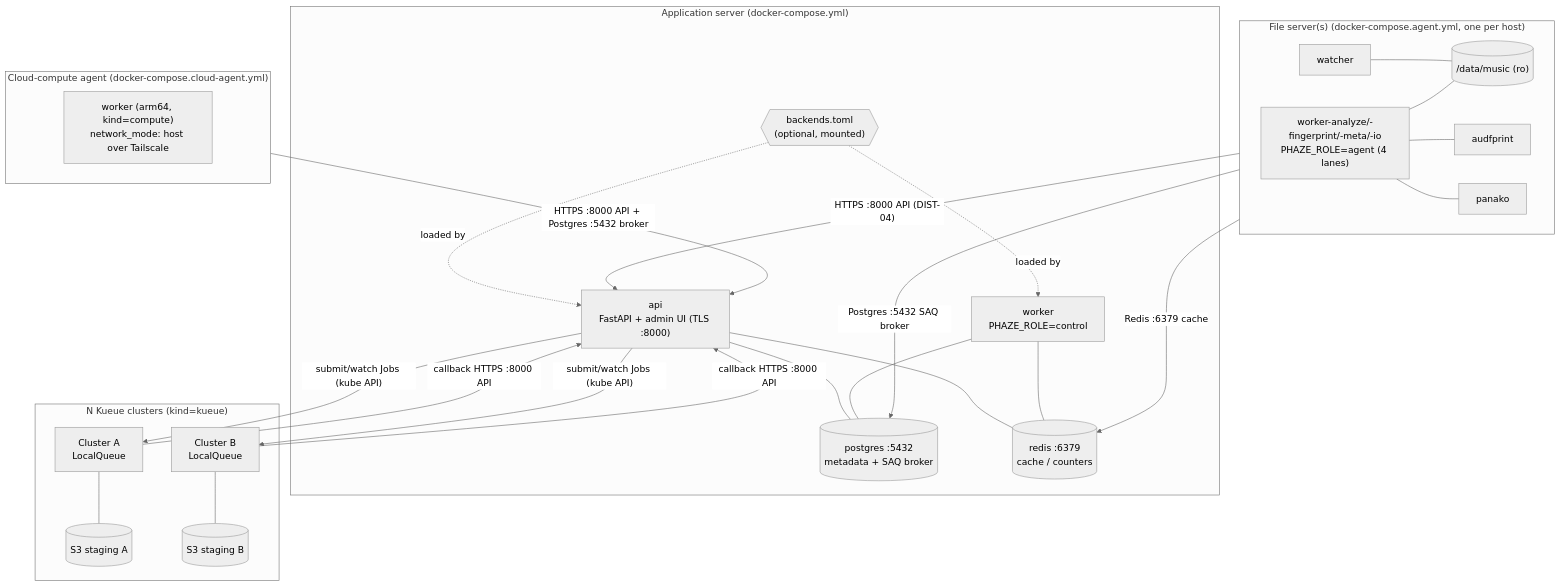
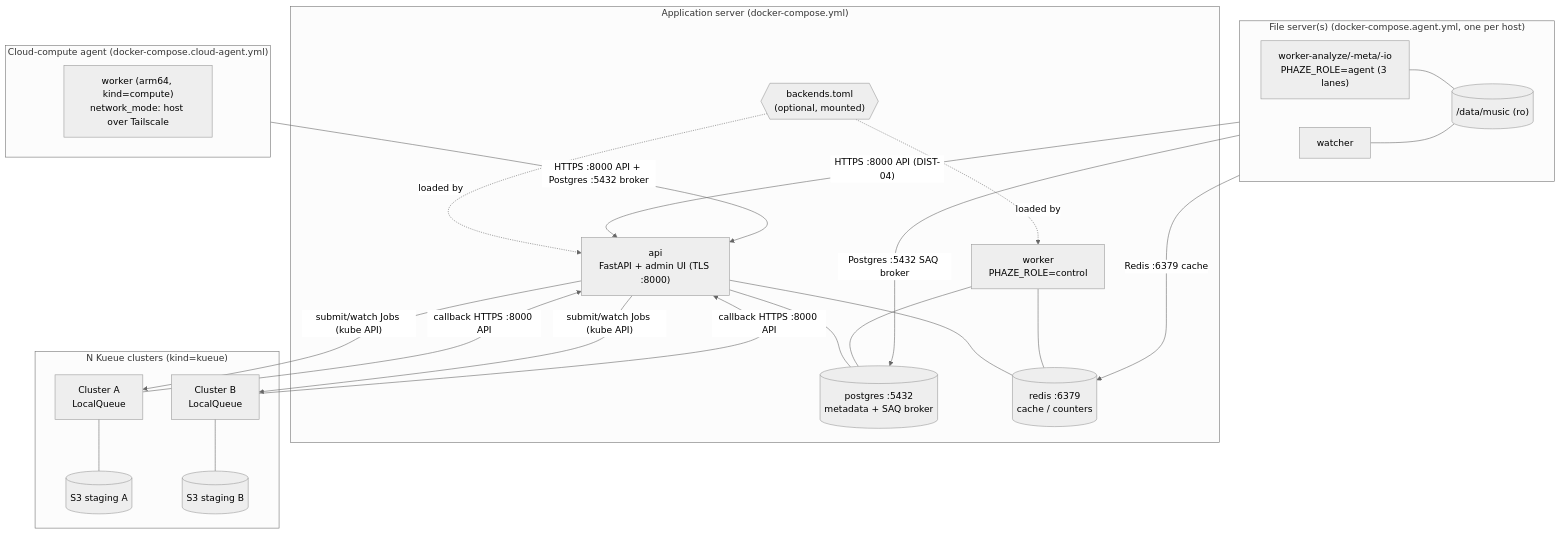
The first of 2 diagrams in docs/deployment.md (SimplicityGuy/phaze), drawn with Mermaid (neutral theme) before and after one commit. The commit also changed other lines of this file and 14 other files, not shown here.

````diff
--- a/docs/deployment.md
+++ b/docs/deployment.md
@@ -13,50 +13,46 @@
 ```mermaid
 flowchart TB
     subgraph app["Application server (docker-compose.yml)"]
         api["api<br/>FastAPI + admin UI (TLS :8000)"]
         ctl["worker<br/>PHAZE_ROLE=control"]
         pg[("postgres :5432<br/>metadata + SAQ broker")]
         rd[("redis :6379<br/>cache / counters")]
         cfg{{"backends.toml<br/>(optional, mounted)"}}
         api --- pg
         api --- rd
         ctl --- pg
         ctl --- rd
         cfg -. loaded by .-> api
         cfg -. loaded by .-> ctl
     end
 
     subgraph fs["File server(s) (docker-compose.agent.yml, one per host)"]
-        aw["worker-analyze/-fingerprint/-meta/-io<br/>PHAZE_ROLE=agent (4 lanes)"]
+        aw["worker-analyze/-meta/-io<br/>PHAZE_ROLE=agent (3 lanes)"]
         wt["watcher"]
-        af["audfprint"]
-        pk["panako"]
         media[("/data/music (ro)")]
         aw --- media
         wt --- media
-        aw --- af
-        aw --- pk
     end
 
     subgraph cloud["Cloud-compute agent (docker-compose.cloud-agent.yml)"]
         ca["worker (arm64, kind=compute)<br/>network_mode: host over Tailscale"]
     end
 
     subgraph kueue["N Kueue clusters (kind=kueue)"]
         k1["Cluster A<br/>LocalQueue"]
         s1[("S3 staging A")]
         k2["Cluster B<br/>LocalQueue"]
         s2[("S3 staging B")]
         k1 --- s1
         k2 --- s2
     end
 
     fs -->|"HTTPS :8000 API (DIST-04)"| api
     fs -->|"Postgres :5432 SAQ broker"| pg
     fs -->|"Redis :6379 cache"| rd
     cloud -->|"HTTPS :8000 API + Postgres :5432 broker"| api
     api -->|"submit/watch Jobs (kube API)"| k1
     api -->|"submit/watch Jobs (kube API)"| k2
     k1 -->|"callback HTTPS :8000 API"| api
     k2 -->|"callback HTTPS :8000 API"| api
 ```
````
